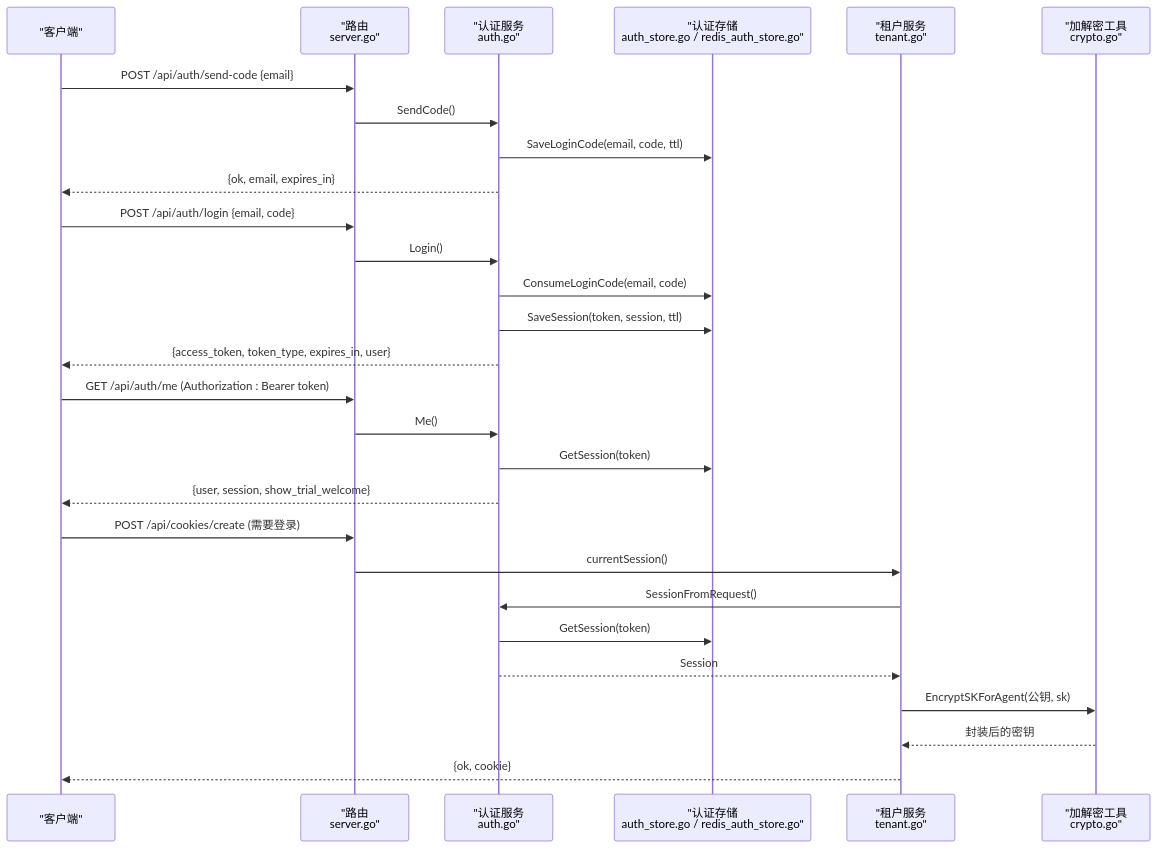
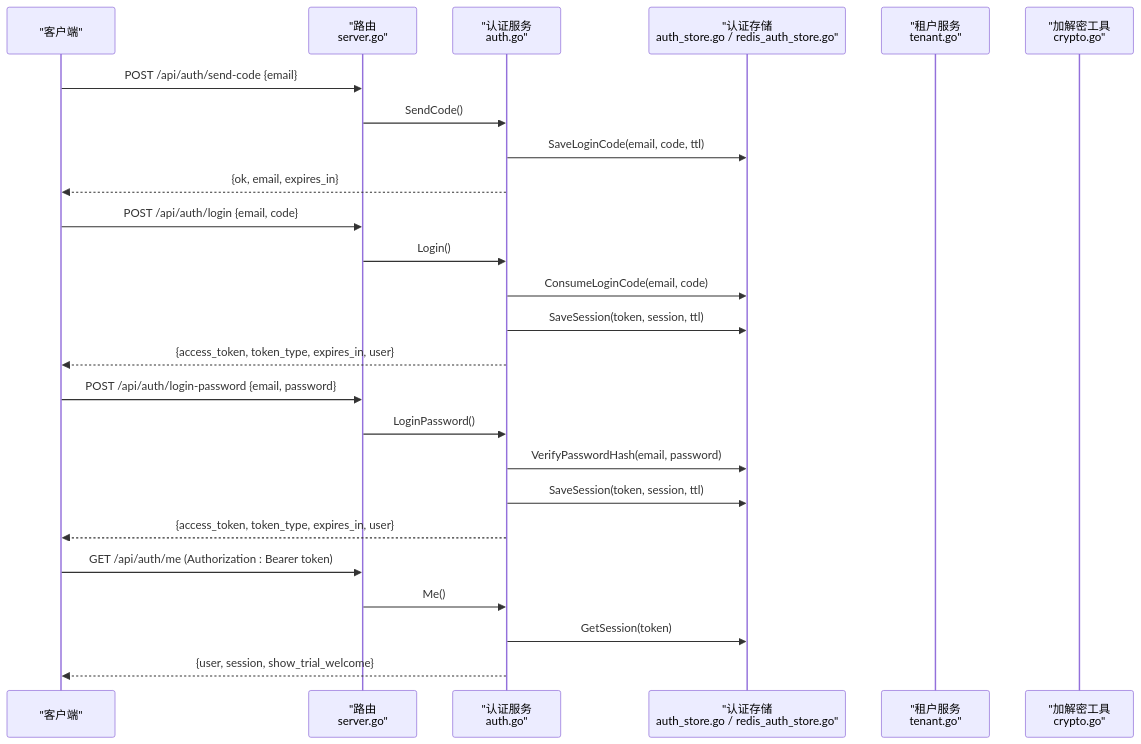
One commit to alvinwangzi/goodhr changed the second of 7 diagrams in .qoder/repowiki/zh/content/云端后端服务/用户认证系统/用户认证系统.md. Above: the diagram before and after it, drawn with Mermaid. The commit also changed other lines of this file and 10 other files, not shown here.

````diff
--- a/.qoder/repowiki/zh/content/云端后端服务/用户认证系统/用户认证系统.md
+++ b/.qoder/repowiki/zh/content/云端后端服务/用户认证系统/用户认证系统.md
@@ -87,30 +106,27 @@
 ```mermaid
 sequenceDiagram
 participant C as "客户端"
 participant R as "路由<br/>server.go"
 participant A as "认证服务<br/>auth.go"
 participant S as "认证存储<br/>auth_store.go / redis_auth_store.go"
 participant T as "租户服务<br/>tenant.go"
 participant K as "加解密工具<br/>crypto.go"
 C->>R : POST /api/auth/send-code {email}
 R->>A : SendCode()
 A->>S : SaveLoginCode(email, code, ttl)
 A-->>C : {ok, email, expires_in}
 C->>R : POST /api/auth/login {email, code}
 R->>A : Login()
 A->>S : ConsumeLoginCode(email, code)
 A->>S : SaveSession(token, session, ttl)
 A-->>C : {access_token, token_type, expires_in, user}
+C->>R : POST /api/auth/login-password {email, password}
+R->>A : LoginPassword()
+A->>S : VerifyPasswordHash(email, password)
+A->>S : SaveSession(token, session, ttl)
+A-->>C : {access_token, token_type, expires_in, user}
 C->>R : GET /api/auth/me (Authorization : Bearer token)
 R->>A : Me()
 A->>S : GetSession(token)
 A-->>C : {user, session, show_trial_welcome}
-C->>R : POST /api/cookies/create (需要登录)
-R->>T : currentSession()
-T->>A : SessionFromRequest()
-A->>S : GetSession(token)
-A-->>T : Session
-T->>K : EncryptSKForAgent(公钥, sk)
-K-->>T : 封装后的密钥
-T-->>C : {ok, cookie}
 ```
````
